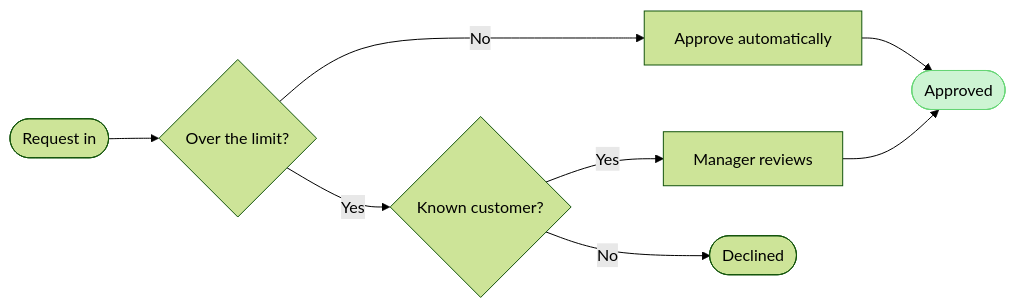
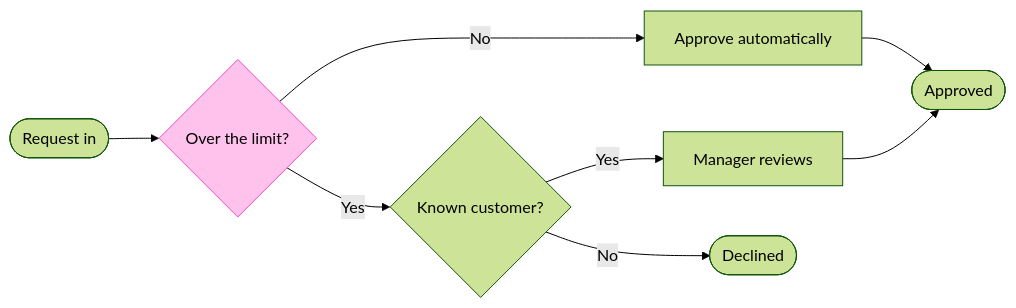
The first of 3 diagrams in claude project/knowledge/Product Owner - Assets - Flow Templates - Process.md (MichelKerkmeester/product-owner_create-tickets-and-stories), drawn with Mermaid (forest theme) before and after one commit. The commit also changed other lines of this file and 51 other files, not shown here.

````diff
--- a/claude project/knowledge/Product Owner - Assets - Flow Templates - Process.md
+++ b/claude project/knowledge/Product Owner - Assets - Flow Templates - Process.md
@@ -21,12 +21,13 @@
 ```mermaid
 %% type: process
 flowchart LR
+    %% goal: done
     start([Request in]) --> size{Over the limit?}
     size -->|No| auto[Approve automatically]
     size -->|Yes| risk{Known customer?}
     risk -->|Yes| review[Manager reviews]
     risk -->|No| reject([Declined])
     auto --> done([Approved])
     review --> done
-    style done fill:#CDF4D3,stroke:#66D575
+    style size fill:#FFC2EC,stroke:#F849C1
 ```
````
